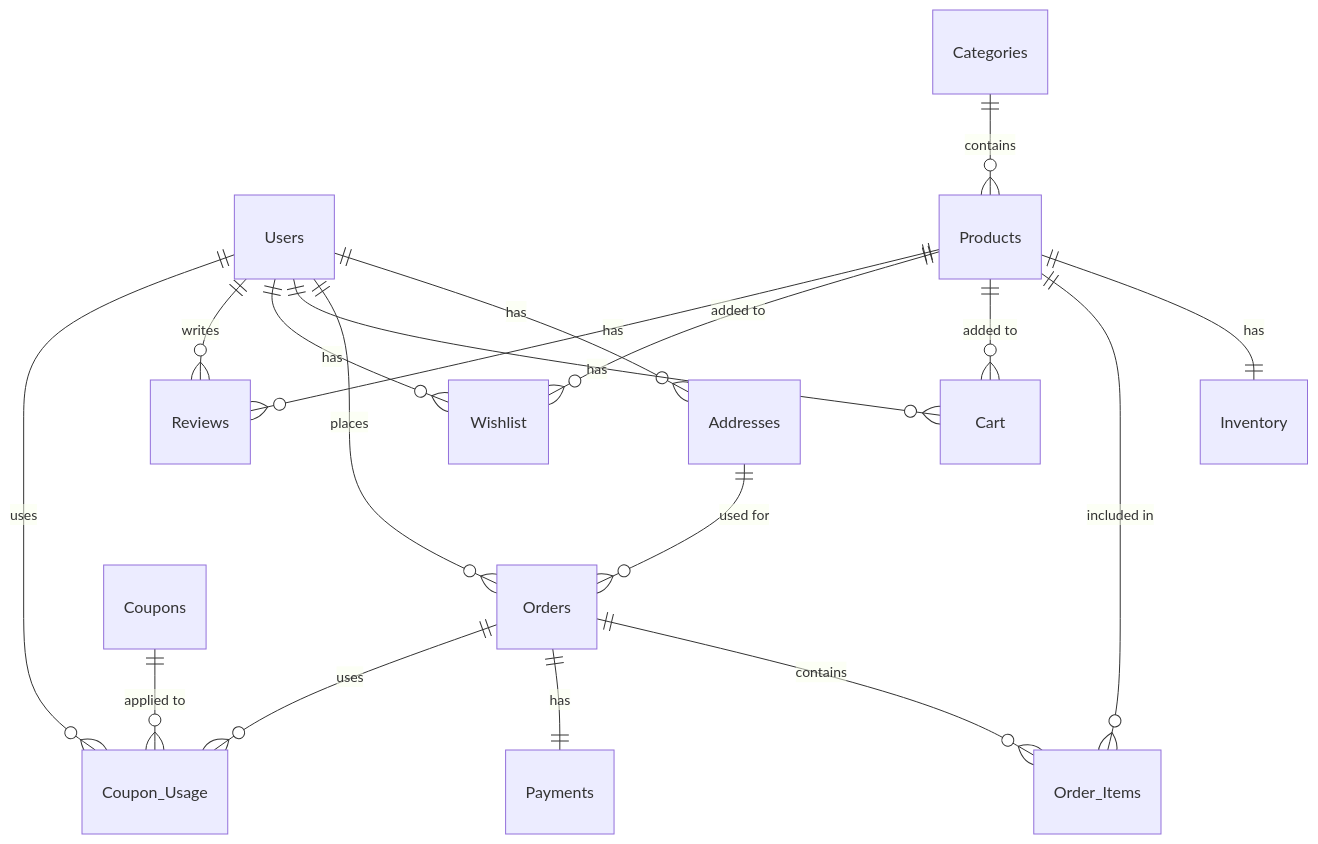
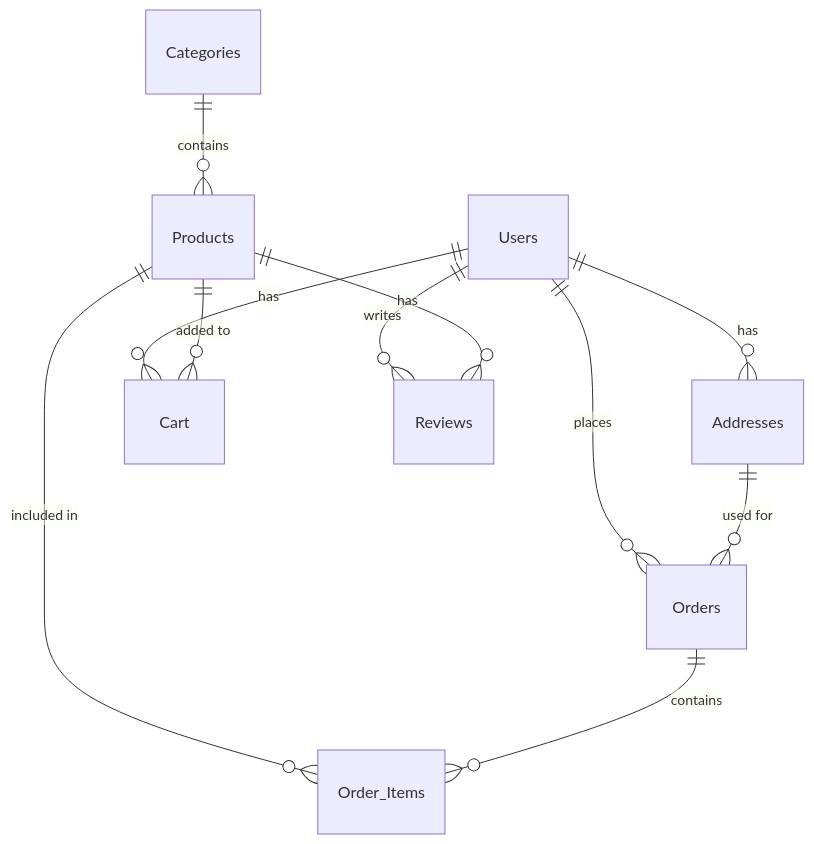
The diagram in database/er_diagram.md (anixems07/ShopON), drawn with Mermaid before and after one commit. The commit also changed 3 other files, not shown here.

Commit message:
updated database schema

````diff
--- a/database/er_diagram.md
+++ b/database/er_diagram.md
@@ -1,20 +1,13 @@
 ```mermaid
 erDiagram
     Users ||--o{ Addresses : "has"
     Users ||--o{ Orders : "places"
     Users ||--o{ Cart : "has"
-    Users ||--o{ Wishlist : "has"
     Users ||--o{ Reviews : "writes"
-    Users ||--o{ Coupon_Usage : "uses"
     Categories ||--o{ Products : "contains"
-    Products ||--|| Inventory : "has"
     Products ||--o{ Order_Items : "included in"
     Products ||--o{ Cart : "added to"
-    Products ||--o{ Wishlist : "added to"
     Products ||--o{ Reviews : "has"
     Orders ||--o{ Order_Items : "contains"
-    Orders ||--|| Payments : "has"
-    Orders ||--o{ Coupon_Usage : "uses"
     Addresses ||--o{ Orders : "used for"
-    Coupons ||--o{ Coupon_Usage : "applied to"
 ```
````
